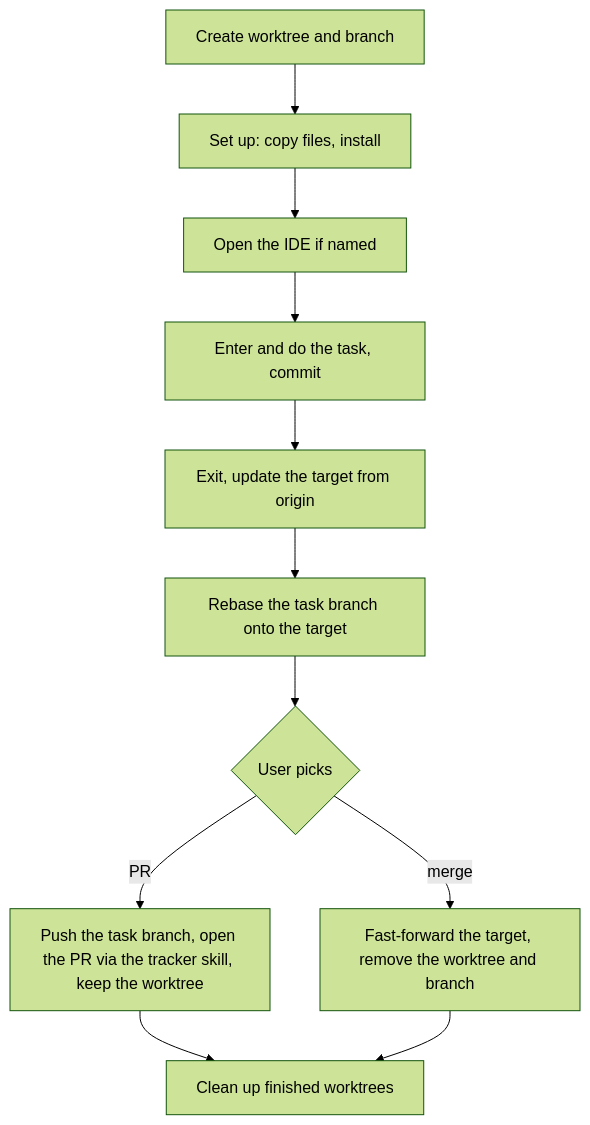
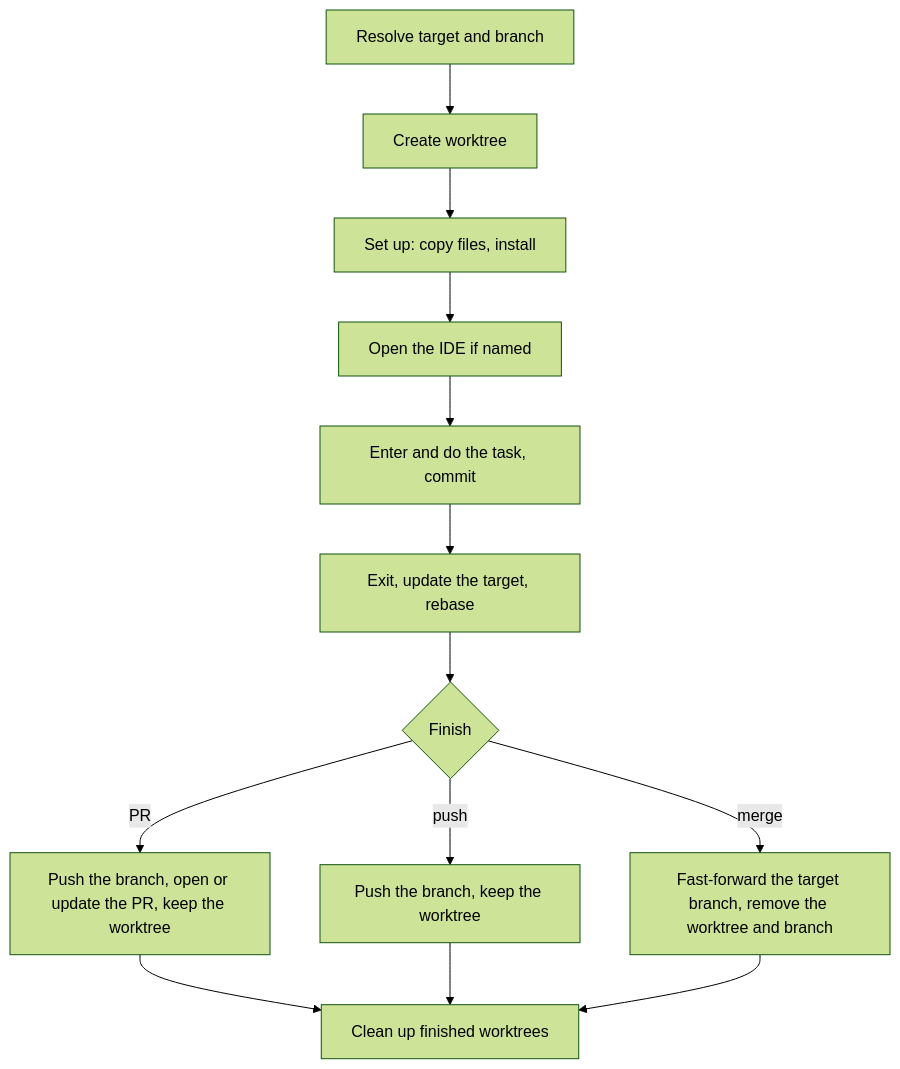
The diagram in templates/agreement/skills/git/references/isolation.md (fozy-labs/astp), drawn with Mermaid (forest theme) before and after one commit. The commit also changed other lines of this file and 4 other files, not shown here.

````diff
--- a/templates/agreement/skills/git/references/isolation.md
+++ b/templates/agreement/skills/git/references/isolation.md
@@ -5,13 +5,15 @@
 ```mermaid
 flowchart TD
-    B[Create worktree and branch] --> C[Set up: copy files, install]
+    A[Resolve target and branch] --> B[Create worktree]
+    B --> C[Set up: copy files, install]
     C --> D[Open the IDE if named]
     D --> E[Enter and do the task, commit]
-    E --> F[Exit, update the target from origin]
-    F --> G[Rebase the task branch onto the target]
-    G --> H{User picks}
-    H -- PR --> I[Push the task branch, open the PR via the tracker skill, keep the worktree]
-    H -- merge --> J[Fast-forward the target, remove the worktree and branch]
+    E --> F[Exit, update the target, rebase]
+    F --> H{Finish}
+    H -- PR --> I[Push the branch, open or update the PR, keep the worktree]
+    H -- push --> P[Push the branch, keep the worktree]
+    H -- merge --> J[Fast-forward the target branch, remove the worktree and branch]
     I --> K[Clean up finished worktrees]
+    P --> K
     J --> K
 ```
````
